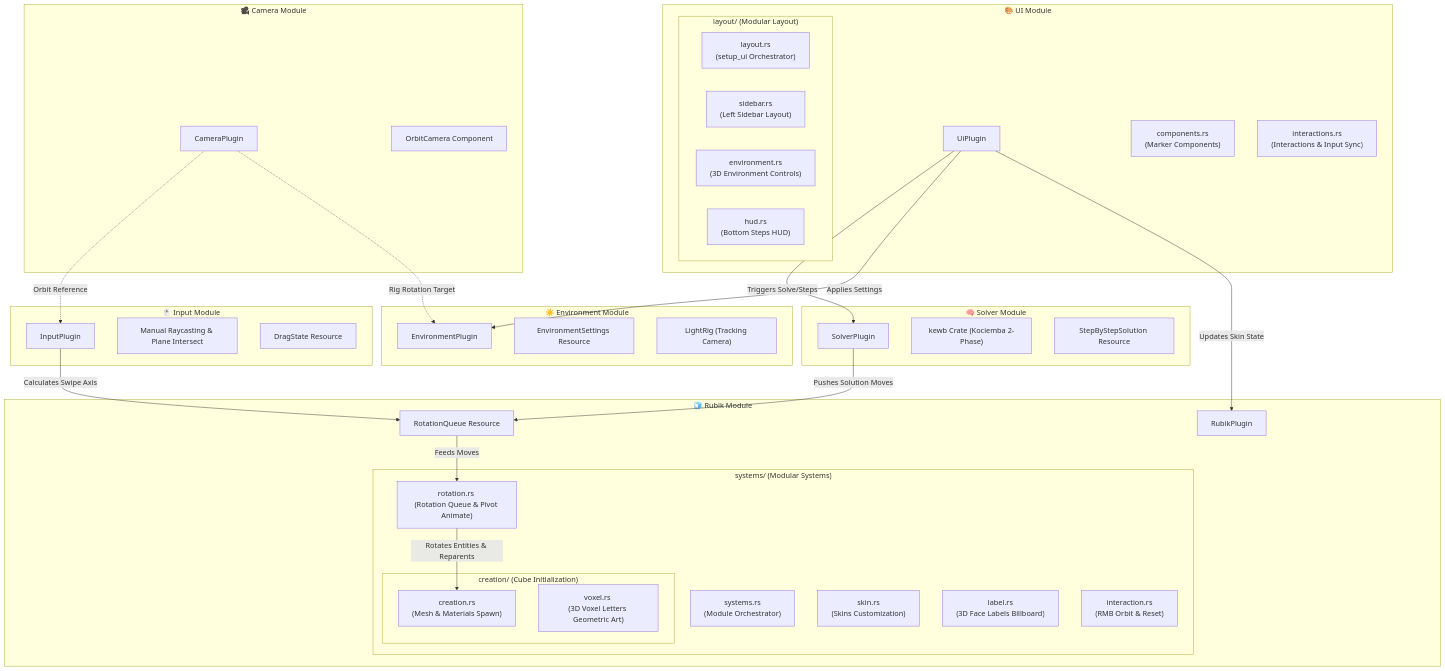
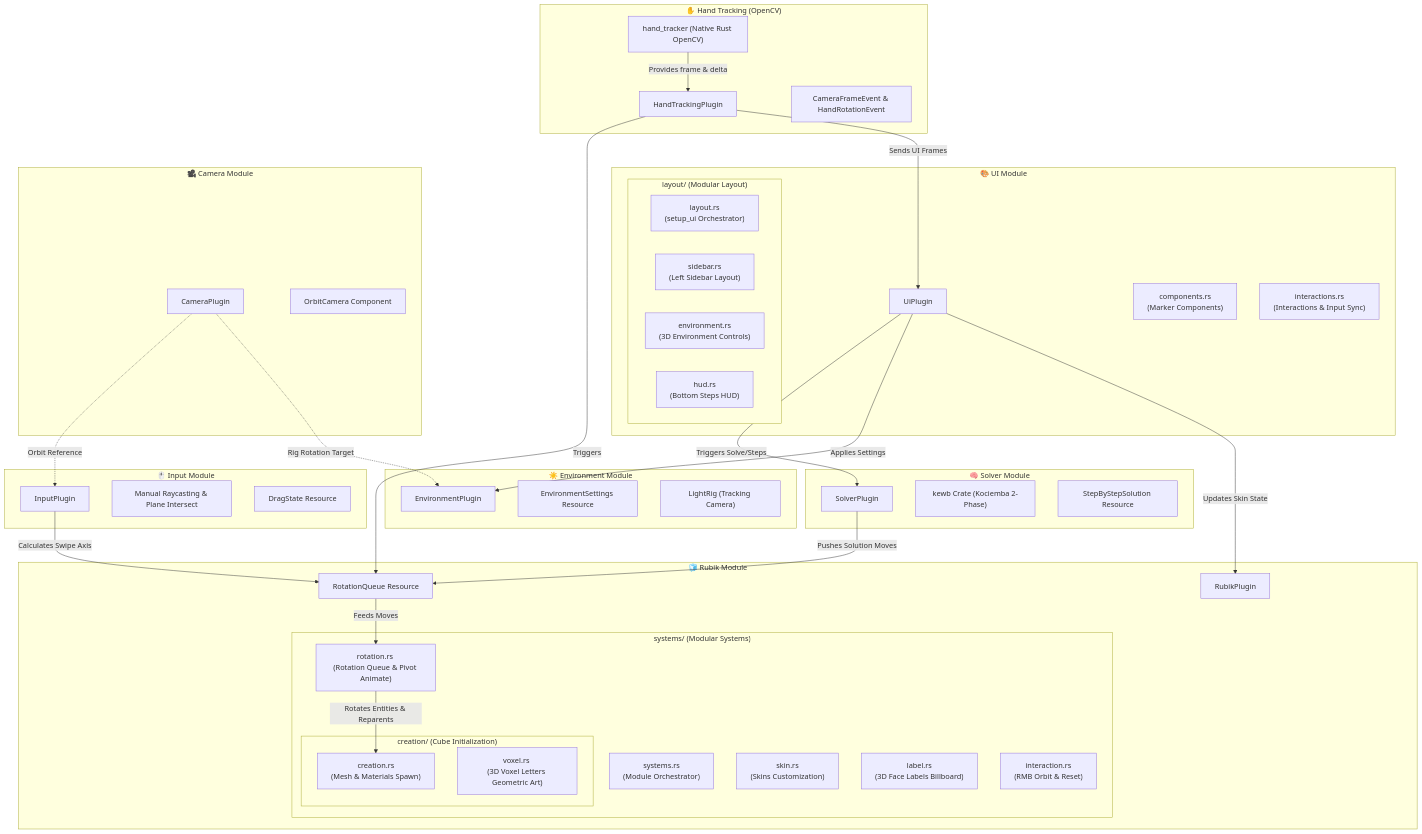
The diagram in architecture.md (thichuong/Game_rubik), drawn with Mermaid before and after one commit. The commit also changed other lines of this file and 4 other files, not shown here.

Commit message:
refactor: reformat OpenCV image processing pipelines and update hand tracking documentation

````diff
--- a/architecture.md
+++ b/architecture.md
@@ -11,68 +11,78 @@
 ```mermaid
 graph TD
     %% Module Plugins
     subgraph UI ["🎨 UI Module"]
         UiPlugin["UiPlugin"]
         Components["components.rs <br>(Marker Components)"]
         Interactions["interactions.rs <br>(Interactions & Input Sync)"]
         subgraph Layout ["layout/ (Modular Layout)"]
             LayoutMod["layout.rs <br>(setup_ui Orchestrator)"]
             Sidebar["sidebar.rs <br>(Left Sidebar Layout)"]
             Env["environment.rs <br>(3D Environment Controls)"]
             HUD["hud.rs <br>(Bottom Steps HUD)"]
         end
     end
 
     subgraph Input ["🖱️ Input Module"]
         InputPlugin["InputPlugin"]
         Raycast["Manual Raycasting & Plane Intersect"]
         DragState["DragState Resource"]
     end
 
     subgraph Solver ["🧠 Solver Module"]
         SolverPlugin["SolverPlugin"]
         Kewb["kewb Crate (Kociemba 2-Phase)"]
         StepByStep["StepByStepSolution Resource"]
     end
 
     subgraph Camera ["🎥 Camera Module"]
         CameraPlugin["CameraPlugin"]
         Orbit["OrbitCamera Component"]
+    end
+
+    subgraph HandTracking ["✋ Hand Tracking (OpenCV)"]
+        HandTrackerLib["hand_tracker (Native Rust OpenCV)"]
+        HandTrackingPlugin["HandTrackingPlugin"]
+        TrackerData["CameraFrameEvent & HandRotationEvent"]
     end
 
     subgraph Environment ["☀️ Environment Module"]
         EnvPlugin["EnvironmentPlugin"]
         Settings["EnvironmentSettings Resource"]
         LightRig["LightRig (Tracking Camera)"]
     end
 
     subgraph RubikCore ["🧊 Rubik Module"]
         RubikPlugin["RubikPlugin"]
         RotQueue["RotationQueue Resource"]
         subgraph RubikSystems ["systems/ (Modular Systems)"]
             SysOrch["systems.rs <br>(Module Orchestrator)"]
             subgraph RubikCreation ["creation/ (Cube Initialization)"]
                 Creation["creation.rs <br>(Mesh & Materials Spawn)"]
                 Voxel["voxel.rs <br>(3D Voxel Letters Geometric Art)"]
             end
             Rotation["rotation.rs <br>(Rotation Queue & Pivot Animate)"]
             Skin["skin.rs <br>(Skins Customization)"]
             Label["label.rs <br>(3D Face Labels Billboard)"]
             Interaction["interaction.rs <br>(RMB Orbit & Reset)"]
         end
     end
 
     %% Interactions
     UiPlugin -->|Triggers Solve/Steps| SolverPlugin
     UiPlugin -->|Applies Settings| EnvPlugin
     UiPlugin -->|Updates Skin State| RubikPlugin
     
     InputPlugin -->|Calculates Swipe Axis| RotQueue
     SolverPlugin -->|Pushes Solution Moves| RotQueue
     
     RotQueue -->|Feeds Moves| Rotation
     Rotation -->|Rotates Entities & Reparents| Creation
     
     CameraPlugin -.->|Orbit Reference| InputPlugin
     CameraPlugin -.->|Rig Rotation Target| EnvPlugin
+    
+    HandTrackerLib -->|Provides frame & delta| HandTrackingPlugin
+    HandTrackingPlugin -->|Triggers| RotQueue
+    HandTrackingPlugin -->|Sends UI Frames| UiPlugin
 ```
````
